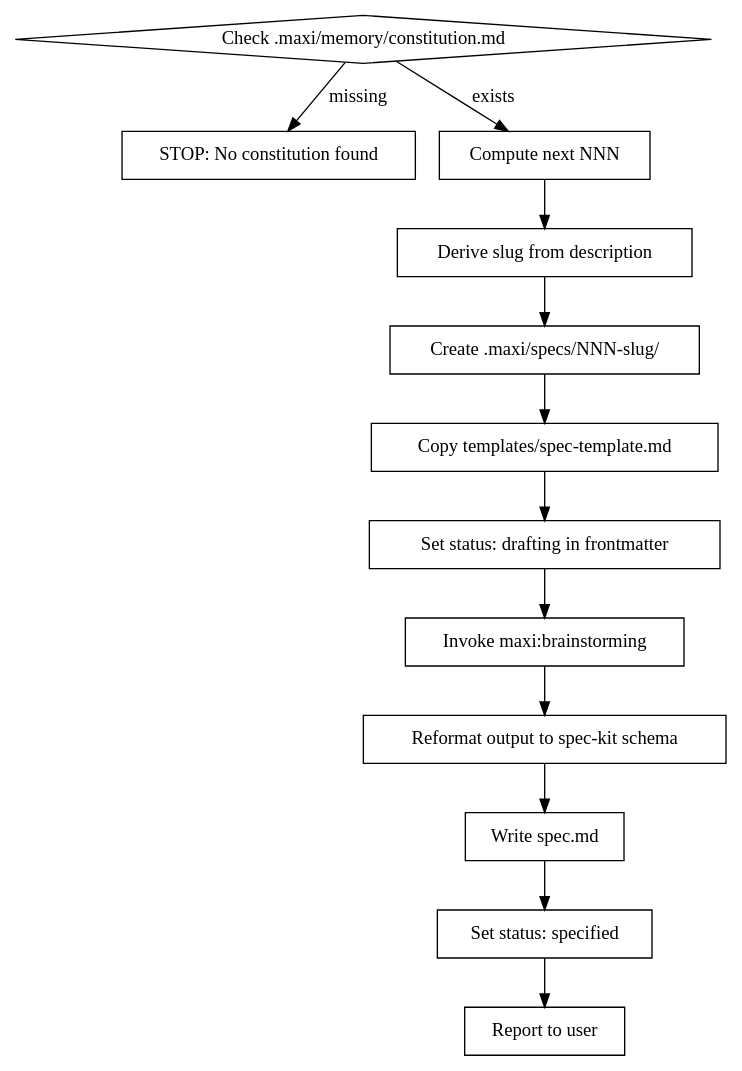
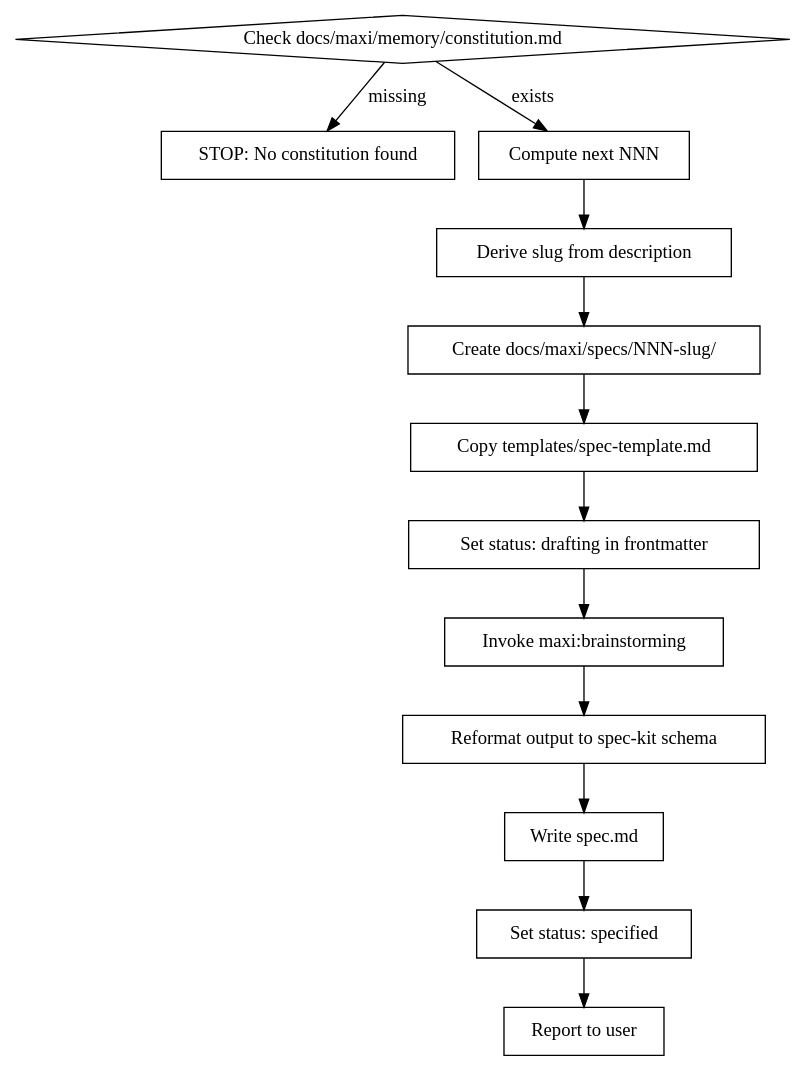
Before and after one commit to amoutiers/maxi-superpowers: the diagram in skills/specify/SKILL.md, drawn with Graphviz. The commit also changed other lines of this file and 14 other files, not shown here.

````diff
--- a/skills/specify/SKILL.md
+++ b/skills/specify/SKILL.md
@@ -17,28 +17,28 @@
 ```dot
 digraph specify {
-    "Check .maxi/memory/constitution.md" [shape=diamond];
+    "Check docs/maxi/memory/constitution.md" [shape=diamond];
     "STOP: No constitution found" [shape=box];
     "Compute next NNN" [shape=box];
     "Derive slug from description" [shape=box];
-    "Create .maxi/specs/NNN-slug/" [shape=box];
+    "Create docs/maxi/specs/NNN-slug/" [shape=box];
     "Copy templates/spec-template.md" [shape=box];
     "Set status: drafting in frontmatter" [shape=box];
     "Invoke maxi:brainstorming" [shape=box];
     "Reformat output to spec-kit schema" [shape=box];
     "Write spec.md" [shape=box];
     "Set status: specified" [shape=box];
     "Report to user" [shape=box];
 
-    "Check .maxi/memory/constitution.md" -> "STOP: No constitution found" [label="missing"];
-    "Check .maxi/memory/constitution.md" -> "Compute next NNN" [label="exists"];
+    "Check docs/maxi/memory/constitution.md" -> "STOP: No constitution found" [label="missing"];
+    "Check docs/maxi/memory/constitution.md" -> "Compute next NNN" [label="exists"];
     "Compute next NNN" -> "Derive slug from description";
-    "Derive slug from description" -> "Create .maxi/specs/NNN-slug/";
-    "Create .maxi/specs/NNN-slug/" -> "Copy templates/spec-template.md";
+    "Derive slug from description" -> "Create docs/maxi/specs/NNN-slug/";
+    "Create docs/maxi/specs/NNN-slug/" -> "Copy templates/spec-template.md";
     "Copy templates/spec-template.md" -> "Set status: drafting in frontmatter";
     "Set status: drafting in frontmatter" -> "Invoke maxi:brainstorming";
     "Invoke maxi:brainstorming" -> "Reformat output to spec-kit schema";
     "Reformat output to spec-kit schema" -> "Write spec.md";
     "Write spec.md" -> "Set status: specified";
     "Set status: specified" -> "Report to user";
 }
 ```
````
